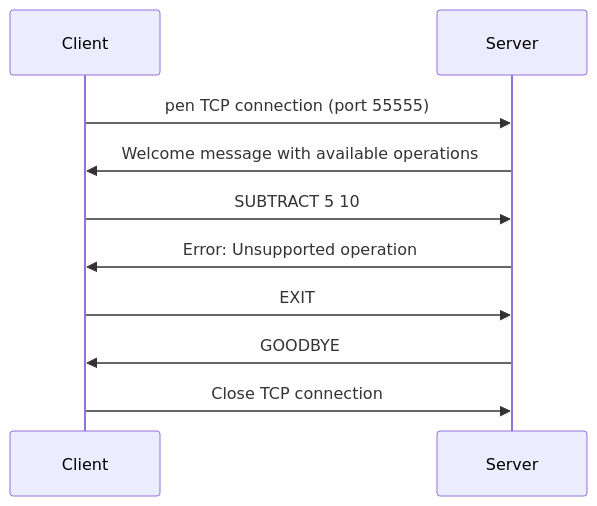
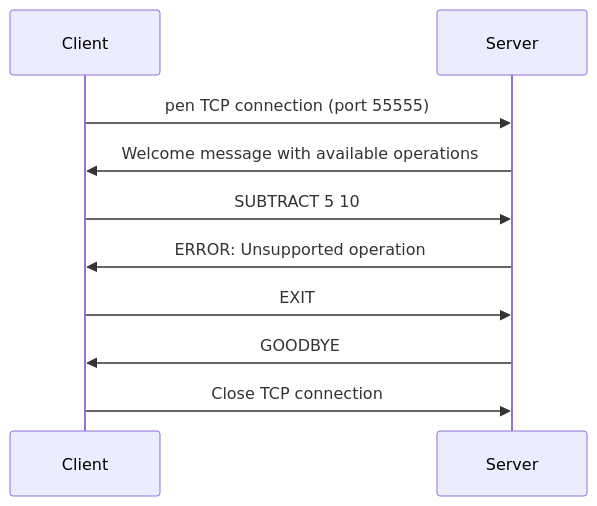
One commit to ryadbouzourene/dai-lab-protocoldesign-bouzourene-christen changed the second of 5 diagrams in specs/ryadbouzourene_Anthony-Christen/protocol.md. Above: the diagram before and after it, drawn with Mermaid. The commit also changed other lines of this file, not shown here.

````diff
--- a/specs/ryadbouzourene_Anthony-Christen/protocol.md
+++ b/specs/ryadbouzourene_Anthony-Christen/protocol.md
@@ -95,13 +95,13 @@
 ```mermaid
 sequenceDiagram
   participant Client
   participant Server
 
   Client->>Server: pen TCP connection (port 55555)
   Server->>Client: Welcome message with available operations
   Client->>Server: SUBTRACT 5 10
-  Server->>Client: Error: Unsupported operation
+  Server->>Client: ERROR: Unsupported operation
   Client->>Server: EXIT
   Server->>Client: GOODBYE
   Client->>Server: Close TCP connection
 ```
````
